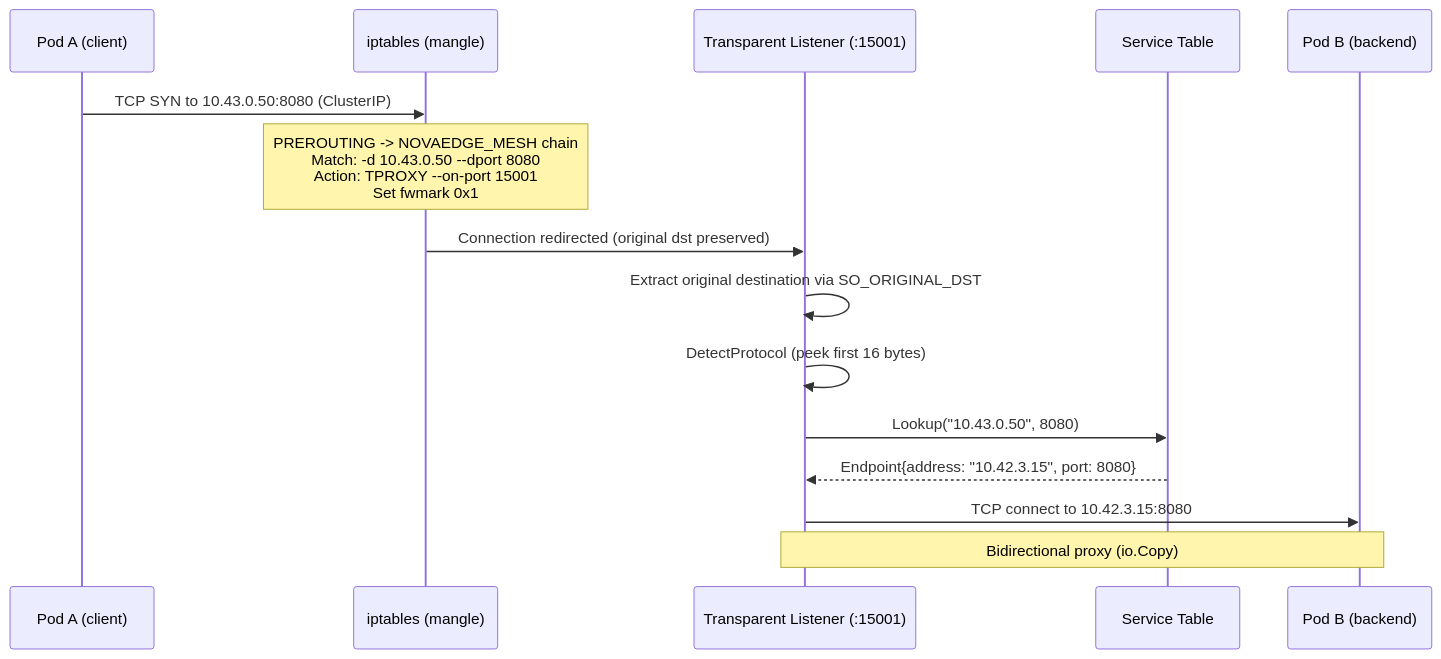
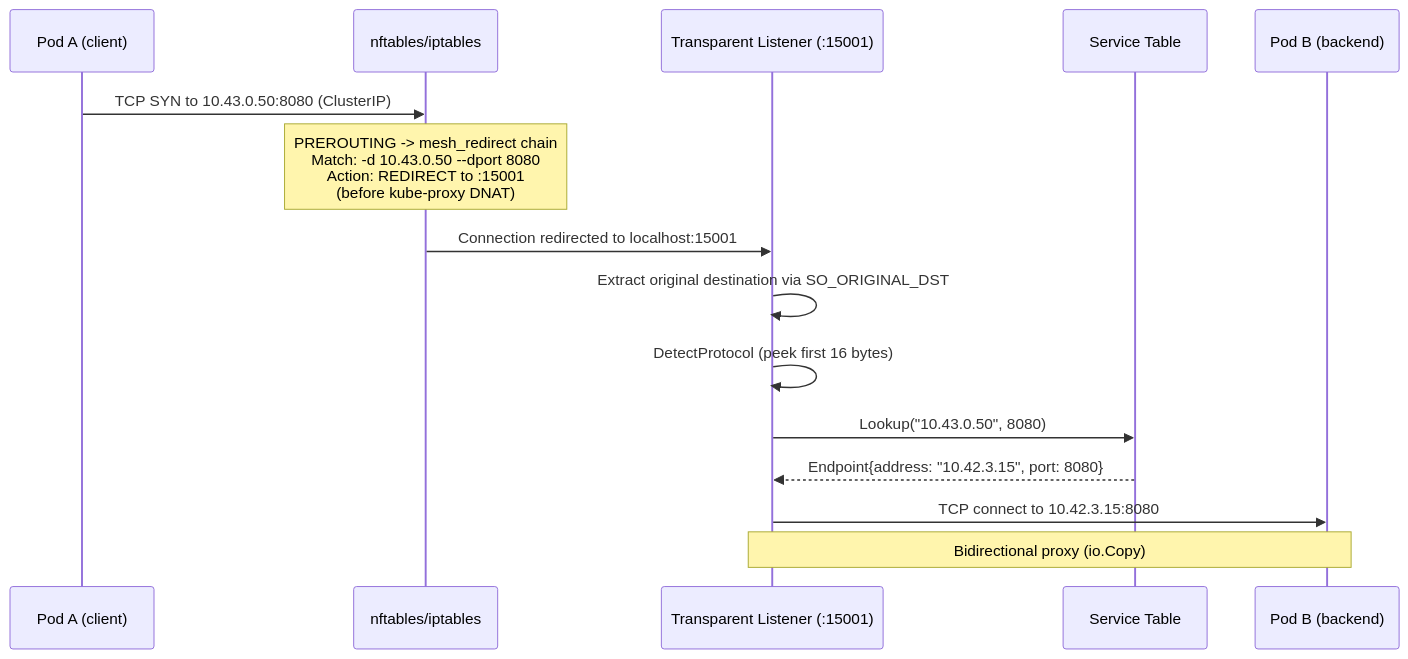
Before and after one commit to azrtydxb/novaedge: the second of 4 diagrams in docs/user-guide/service-mesh.md, drawn with Mermaid. The commit also changed other lines of this file and 12 other files, not shown here.

First line of the commit message:
[Feature] Replace iptables exec with nftables/netlink API for mesh interception (#514)

````diff
--- a/docs/user-guide/service-mesh.md
+++ b/docs/user-guide/service-mesh.md
@@ -109,19 +109,19 @@
 ```mermaid
 sequenceDiagram
     participant App as Pod A (client)
-    participant IPT as iptables (mangle)
+    participant IPT as nftables/iptables
     participant TL as Transparent Listener (:15001)
     participant ST as Service Table
     participant Backend as Pod B (backend)
 
     App->>IPT: TCP SYN to 10.43.0.50:8080 (ClusterIP)
-    Note over IPT: PREROUTING -> NOVAEDGE_MESH chain<br/>Match: -d 10.43.0.50 --dport 8080<br/>Action: TPROXY --on-port 15001<br/>Set fwmark 0x1
+    Note over IPT: PREROUTING -> mesh_redirect chain<br/>Match: -d 10.43.0.50 --dport 8080<br/>Action: REDIRECT to :15001<br/>(before kube-proxy DNAT)
 
-    IPT->>TL: Connection redirected (original dst preserved)
+    IPT->>TL: Connection redirected to localhost:15001
     TL->>TL: Extract original destination via SO_ORIGINAL_DST
     TL->>TL: DetectProtocol (peek first 16 bytes)
     TL->>ST: Lookup("10.43.0.50", 8080)
     ST-->>TL: Endpoint{address: "10.42.3.15", port: 8080}
     TL->>Backend: TCP connect to 10.42.3.15:8080
     Note over TL,Backend: Bidirectional proxy (io.Copy)
 ```
````
